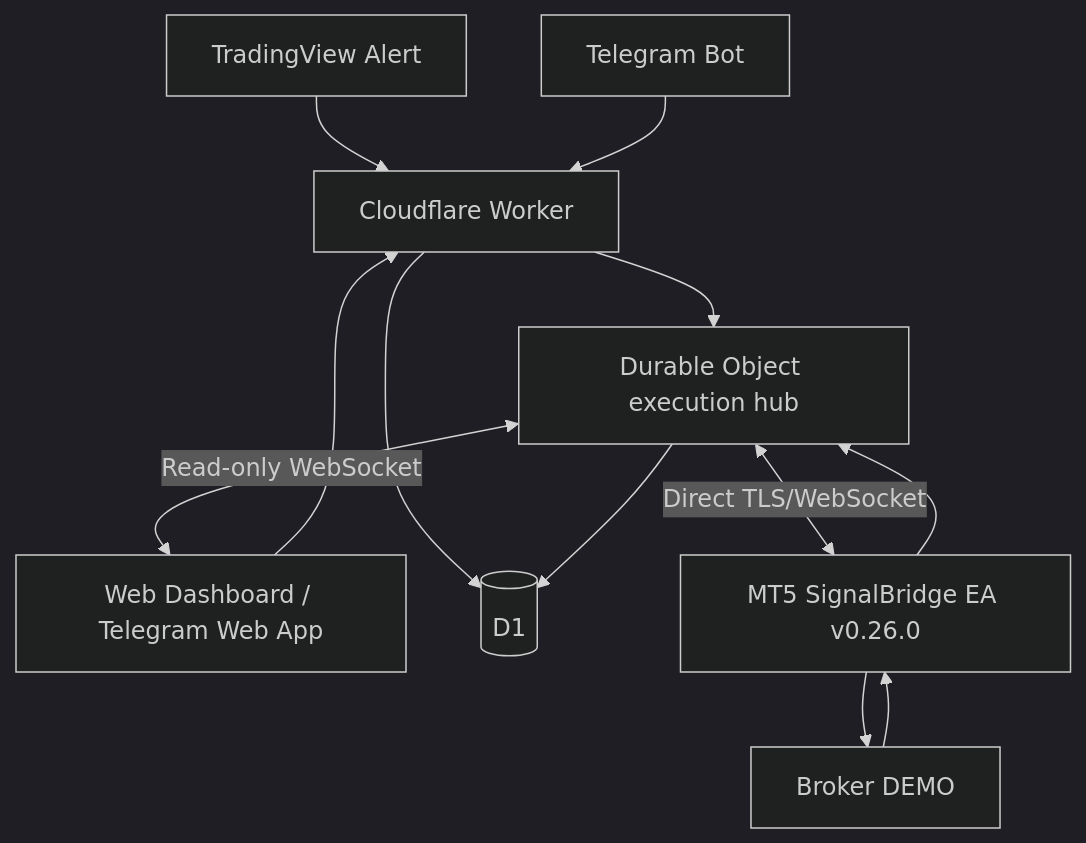
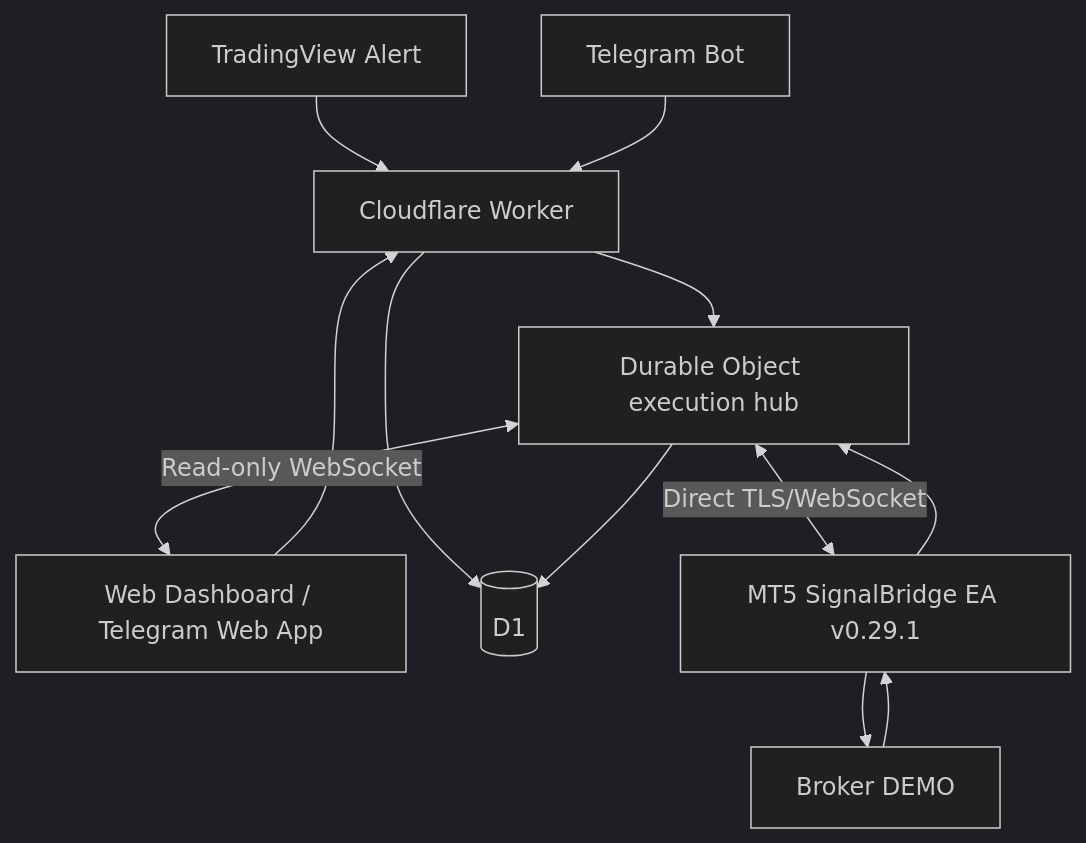
Before and after one commit to drfxai/Signal-Bridge: the diagram in docs/ARCHITECTURE.md, drawn with Mermaid (dark theme). The commit also changed other lines of this file and 20 other files, not shown here.

````diff
--- a/docs/ARCHITECTURE.md
+++ b/docs/ARCHITECTURE.md
@@ -25,14 +25,14 @@
 ```mermaid
 flowchart TD
  TV[TradingView Alert] --> W[Cloudflare Worker]
  TG[Telegram Bot] --> W
  DASH[Web Dashboard / Telegram Web App] --> W
  W --> DB[(D1)]
  W --> HUB[Durable Object execution hub]
- HUB <-->|Direct TLS/WebSocket| EA[MT5 SignalBridge EA v0.26.0]
+ HUB <-->|Direct TLS/WebSocket| EA[MT5 SignalBridge EA v0.29.1]
  HUB <-->|Read-only WebSocket| DASH
  EA --> BROKER[Broker DEMO]
  BROKER --> EA
  EA --> HUB
  HUB --> DB
 ```
````
